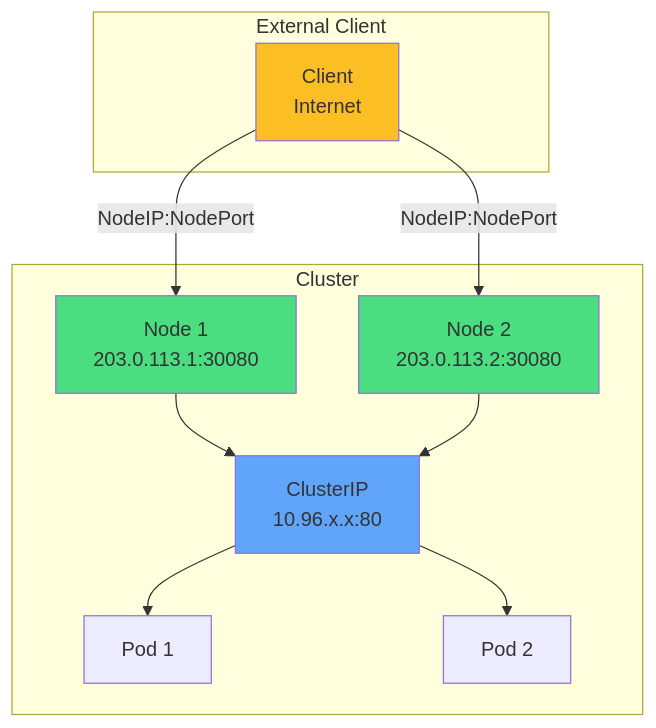
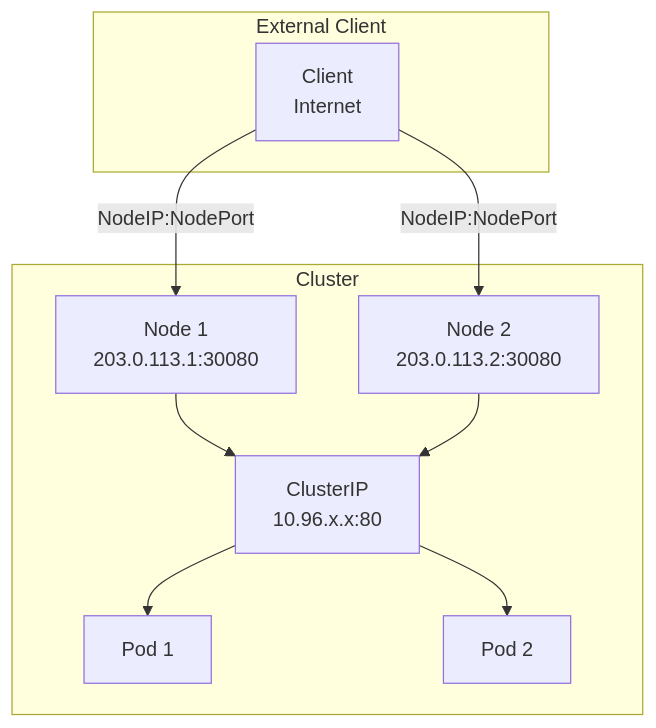
One commit to TechnoBureau/docs changed the fourth of 5 diagrams in kubernetes/introduction_about_kubernetes_and_basics.mdx. Above: the diagram before and after it, drawn with Mermaid. The commit also changed other lines of this file and 5 other files, not shown here.

````diff
--- a/kubernetes/introduction_about_kubernetes_and_basics.mdx
+++ b/kubernetes/introduction_about_kubernetes_and_basics.mdx
@@ -336,26 +330,22 @@
 ```mermaid
 graph TB
     subgraph "External Client"
         A[Client<br/>Internet]
     end
     
     subgraph "Cluster"
         B[Node 1<br/>203.0.113.1:30080]
         C[Node 2<br/>203.0.113.2:30080]
         D[ClusterIP<br/>10.96.x.x:80]
         E[Pod 1]
         F[Pod 2]
     end
     
     A -->|NodeIP:NodePort | B
     A -->|NodeIP:NodePort | C
     B --> D
     C --> D
     D --> E
     D --> F
     
-    style A fill:#fbbf24
-    style B fill:#4ade80
-    style C fill:#4ade80
-    style D fill:#60a5fa
 ```
````
